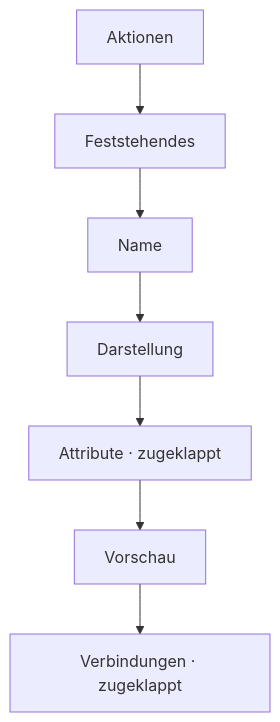
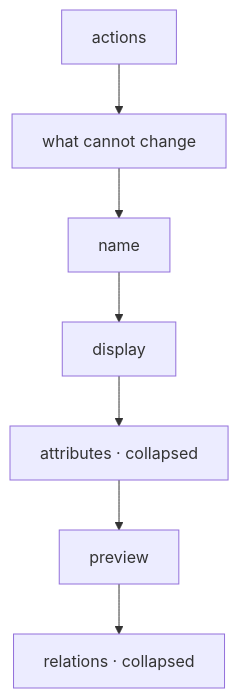
Before and after one commit to sfambach/wp-taxonomy-modeler: the eighth of 14 diagrams in docs/NewConcept/20-interaction.md, drawn with Mermaid. The commit also changed other lines of this file and 4 other files, not shown here.

First line of the commit message:
Diagramme auf Englisch, Sachnamen bleiben

````diff
--- a/docs/NewConcept/20-interaction.md
+++ b/docs/NewConcept/20-interaction.md
@@ -319,9 +319,9 @@
 ```mermaid
 flowchart TB
-  A["Aktionen"] --> B["Feststehendes"]
-  B --> C["Name"]
-  C --> D["Darstellung"]
-  D --> E["Attribute · zugeklappt"]
-  E --> F["Vorschau"]
-  F --> G["Verbindungen · zugeklappt"]
+  A["actions"] --> B["what cannot change"]
+  B --> C["name"]
+  C --> D["display"]
+  D --> E["attributes · collapsed"]
+  E --> F["preview"]
+  F --> G["relations · collapsed"]
 ```
````
